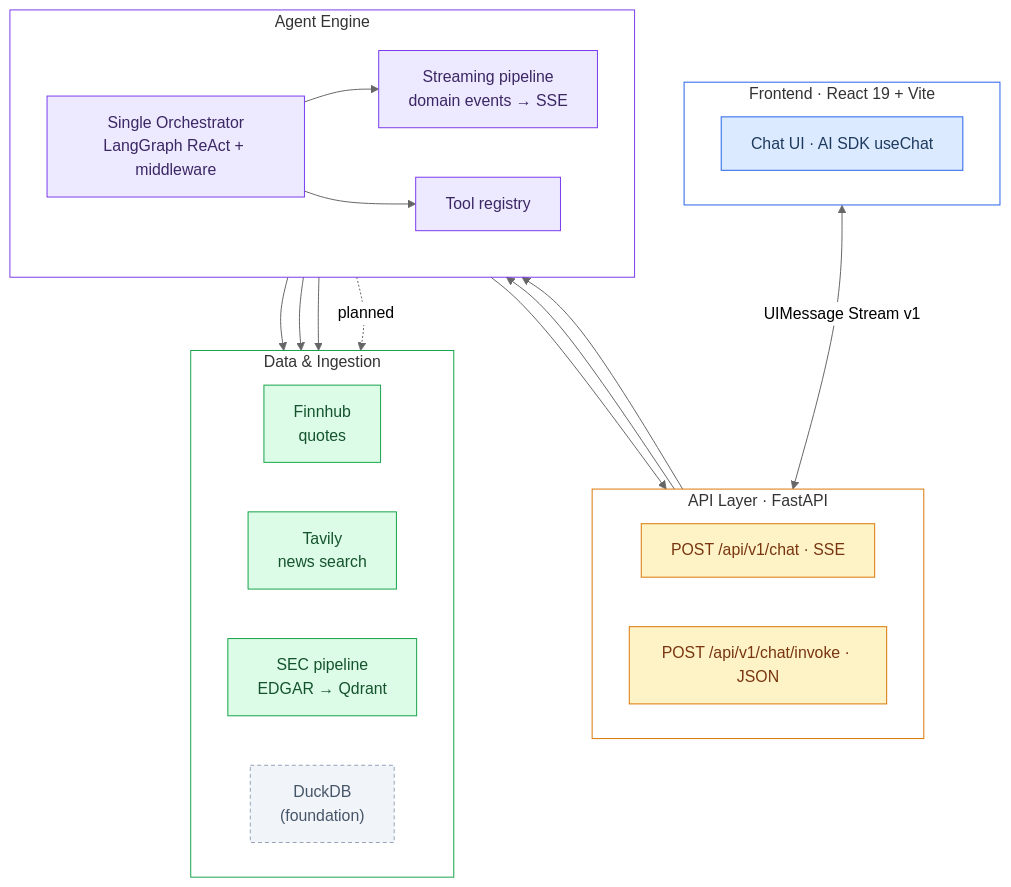
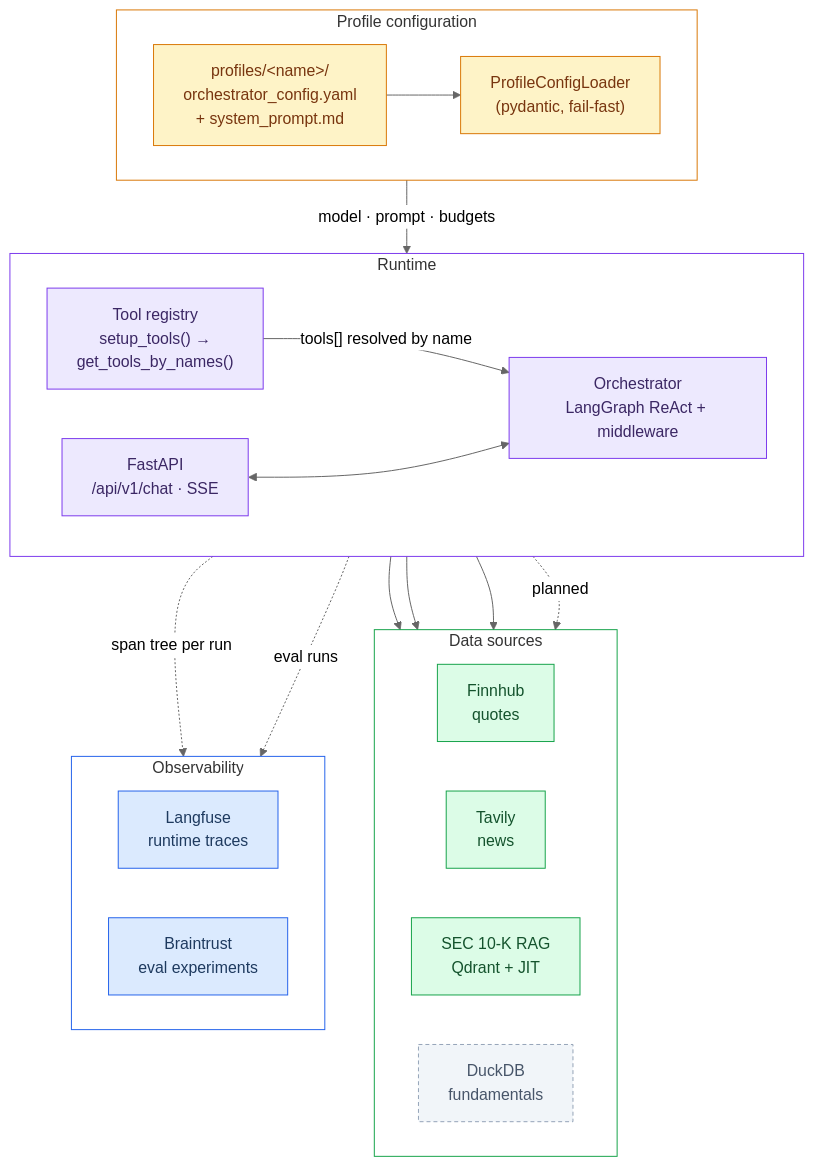
The first of 4 diagrams in README.md (wei-yiting/fin-lab-x), drawn with Mermaid (neutral theme) before and after one commit. The commit also changed other lines of this file, not shown here.

First line of the commit message:
docs(readme): restructure per review — highlights first, config-flow architecture diagram

````diff
--- a/README.md
+++ b/README.md
@@ -23,51 +18,53 @@
 ```mermaid
 flowchart TB
-    subgraph FE["Frontend · React 19 + Vite"]
+    subgraph Config["Profile configuration"]
         direction LR
-        UI["Chat UI · AI SDK useChat"]
+        PROF["profiles/&lt;name&gt;/<br/>orchestrator_config.yaml<br/>+ system_prompt.md"]
+        LOADER["ProfileConfigLoader<br/>(pydantic, fail-fast)"]
     end
 
-    subgraph API["API Layer · FastAPI"]
+    subgraph Runtime["Runtime"]
         direction LR
-        SSE["POST /api/v1/chat · SSE"]
-        INV["POST /api/v1/chat/invoke · JSON"]
+        API["FastAPI<br/>/api/v1/chat · SSE"]
+        ORCH["Orchestrator<br/>LangGraph ReAct + middleware"]
+        REG["Tool registry<br/>setup_tools() →<br/>get_tools_by_names()"]
     end
 
-    subgraph Engine["Agent Engine"]
+    subgraph Sources["Data sources"]
         direction LR
-        STREAM["Streaming pipeline<br/>domain events → SSE"]
-        ORCH["Single Orchestrator<br/>LangGraph ReAct + middleware"]
-        TOOLS["Tool registry"]
+        FINN["Finnhub<br/>quotes"]
+        TAV["Tavily<br/>news"]
+        SECQ["SEC 10-K RAG<br/>Qdrant + JIT"]
+        DUCK["DuckDB<br/>fundamentals"]
     end
 
-    subgraph Data["Data & Ingestion"]
+    subgraph Obs["Observability"]
         direction LR
-        FINN["Finnhub<br/>quotes"]
-        TAV["Tavily<br/>news search"]
-        SECP["SEC pipeline<br/>EDGAR → Qdrant"]
-        DUCK["DuckDB<br/>(foundation)"]
+        LF["Langfuse<br/>runtime traces"]
+        BT["Braintrust<br/>eval experiments"]
     end
 
-    UI <-- "UIMessage Stream v1" --> SSE
-    SSE --> ORCH
-    INV --> ORCH
-    ORCH --> STREAM --> SSE
-    ORCH --> TOOLS
-    TOOLS --> FINN & TAV & SECP
-    TOOLS -.->|planned| DUCK
+    PROF --> LOADER
+    LOADER -- "model · prompt · budgets" --> ORCH
+    REG -- "tools[] resolved by name" --> ORCH
+    API <--> ORCH
+    ORCH --> FINN & TAV & SECQ
+    ORCH -.->|planned| DUCK
+    ORCH -. "span tree per run" .-> LF
+    ORCH -. "eval runs" .-> BT
 
-    classDef fe fill:#dbeafe,stroke:#2563eb,color:#1e3a5f
-    classDef api fill:#fef3c7,stroke:#d97706,color:#78350f
-    classDef engine fill:#ede9fe,stroke:#7c3aed,color:#3b2764
+    classDef config fill:#fef3c7,stroke:#d97706,color:#78350f
+    classDef runtime fill:#ede9fe,stroke:#7c3aed,color:#3b2764
     classDef data fill:#dcfce7,stroke:#16a34a,color:#14532d
     classDef planned fill:#f1f5f9,stroke:#94a3b8,color:#475569,stroke-dasharray:4 3
-    class UI fe
-    class SSE,INV api
-    class ORCH,STREAM,TOOLS engine
-    class FINN,TAV,SECP data
+    classDef obs fill:#dbeafe,stroke:#2563eb,color:#1e3a5f
+    class PROF,LOADER config
+    class API,ORCH,REG runtime
+    class FINN,TAV,SECQ data
     class DUCK planned
-    style FE fill:transparent,stroke:#2563eb
-    style API fill:transparent,stroke:#d97706
-    style Engine fill:transparent,stroke:#7c3aed
-    style Data fill:transparent,stroke:#16a34a
+    class LF,BT obs
+    style Config fill:transparent,stroke:#d97706
+    style Runtime fill:transparent,stroke:#7c3aed
+    style Sources fill:transparent,stroke:#16a34a
+    style Obs fill:transparent,stroke:#2563eb
 ```
````
